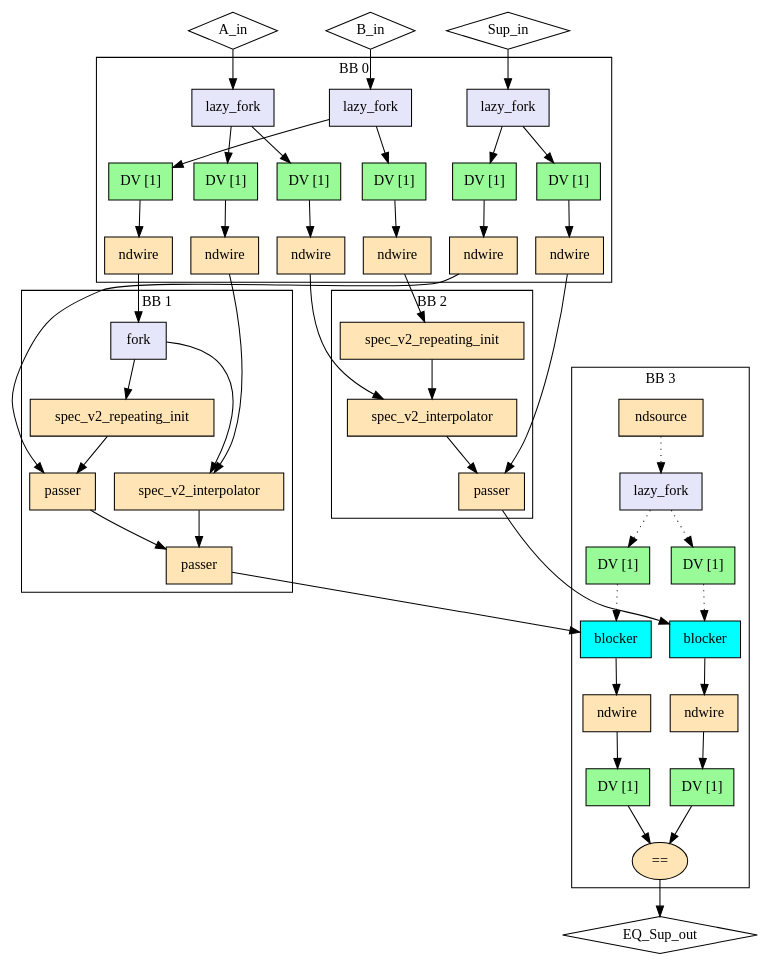
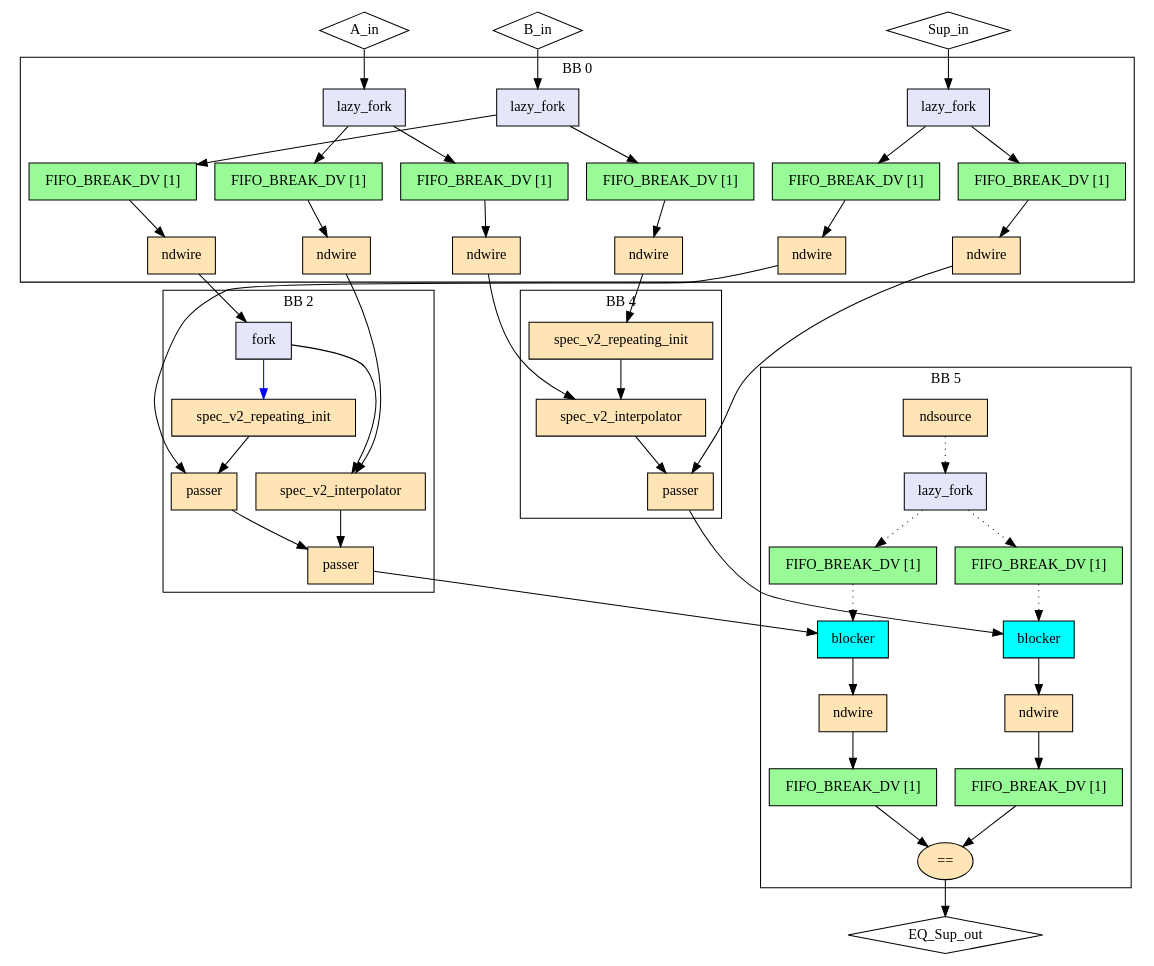
Before and after one commit to EPFL-LAP/dynamatic: the diagram in experimental/tools/elastic-miter/out/interpolator_ind/miter/model.dot, drawn with Graphviz. The commit also changed 700 other files, not shown here.

```diff
--- a/experimental/tools/elastic-miter/out/interpolator_ind/miter/model.dot
+++ b/experimental/tools/elastic-miter/out/interpolator_ind/miter/model.dot
@@ -20,18 +20,18 @@
   subgraph cluster0 {
     graph ["label"="BB 0"]
     "in_fork_A_in" ["style"="filled", "fillcolor"="lavender", "shape"="box", "label"="lazy_fork", "mlir_op"="handshake.lazy_fork"]
-    "lhs_in_buf_A_in" ["style"="filled", "fillcolor"="palegreen", "shape"="box", "label"="DV [1]", "mlir_op"="handshake.buffer"]
-    "rhs_in_buf_A_in" ["style"="filled", "fillcolor"="palegreen", "shape"="box", "label"="DV [1]", "mlir_op"="handshake.buffer"]
+    "lhs_in_buf_A_in" ["style"="filled", "fillcolor"="palegreen", "shape"="box", "label"="FIFO_BREAK_DV [1]", "mlir_op"="handshake.buffer"]
+    "rhs_in_buf_A_in" ["style"="filled", "fillcolor"="palegreen", "shape"="box", "label"="FIFO_BREAK_DV [1]", "mlir_op"="handshake.buffer"]
     "lhs_in_ndw_A_in" ["style"="filled", "fillcolor"="moccasin", "shape"="box", "label"="ndwire", "mlir_op"="handshake.ndwire"]
     "rhs_in_ndw_A_in" ["style"="filled", "fillcolor"="moccasin", "shape"="box", "label"="ndwire", "mlir_op"="handshake.ndwire"]
     "in_fork_B_in" ["style"="filled", "fillcolor"="lavender", "shape"="box", "label"="lazy_fork", "mlir_op"="handshake.lazy_fork"]
-    "lhs_in_buf_B_in" ["style"="filled", "fillcolor"="palegreen", "shape"="box", "label"="DV [1]", "mlir_op"="handshake.buffer"]
-    "rhs_in_buf_B_in" ["style"="filled", "fillcolor"="palegreen", "shape"="box", "label"="DV [1]", "mlir_op"="handshake.buffer"]
+    "lhs_in_buf_B_in" ["style"="filled", "fillcolor"="palegreen", "shape"="box", "label"="FIFO_BREAK_DV [1]", "mlir_op"="handshake.buffer"]
+    "rhs_in_buf_B_in" ["style"="filled", "fillcolor"="palegreen", "shape"="box", "label"="FIFO_BREAK_DV [1]", "mlir_op"="handshake.buffer"]
     "lhs_in_ndw_B_in" ["style"="filled", "fillcolor"="moccasin", "shape"="box", "label"="ndwire", "mlir_op"="handshake.ndwire"]
     "rhs_in_ndw_B_in" ["style"="filled", "fillcolor"="moccasin", "shape"="box", "label"="ndwire", "mlir_op"="handshake.ndwire"]
     "in_fork_Sup_in" ["style"="filled", "fillcolor"="lavender", "shape"="box", "label"="lazy_fork", "mlir_op"="handshake.lazy_fork"]
-    "lhs_in_buf_Sup_in" ["style"="filled", "fillcolor"="palegreen", "shape"="box", "label"="DV [1]", "mlir_op"="handshake.buffer"]
-    "rhs_in_buf_Sup_in" ["style"="filled", "fillcolor"="palegreen", "shape"="box", "label"="DV [1]", "mlir_op"="handshake.buffer"]
+    "lhs_in_buf_Sup_in" ["style"="filled", "fillcolor"="palegreen", "shape"="box", "label"="FIFO_BREAK_DV [1]", "mlir_op"="handshake.buffer"]
+    "rhs_in_buf_Sup_in" ["style"="filled", "fillcolor"="palegreen", "shape"="box", "label"="FIFO_BREAK_DV [1]", "mlir_op"="handshake.buffer"]
     "lhs_in_ndw_Sup_in" ["style"="filled", "fillcolor"="moccasin", "shape"="box", "label"="ndwire", "mlir_op"="handshake.ndwire"]
     "rhs_in_ndw_Sup_in" ["style"="filled", "fillcolor"="moccasin", "shape"="box", "label"="ndwire", "mlir_op"="handshake.ndwire"]
     "in_fork_A_in" -> "lhs_in_buf_A_in" ["dir"="both", "style"="solid", "arrowhead"="normal", "from_idx"="0", "to"="ins", "arrowtail"="none", "from"="outs_0", "to_idx"="0"]
@@ -47,39 +47,39 @@
     "lhs_in_buf_Sup_in" -> "lhs_in_ndw_Sup_in" ["dir"="both", "style"="solid", "arrowhead"="normal", "from_idx"="0", "to"="ins", "arrowtail"="none", "from"="outs", "to_idx"="0"]
     "rhs_in_buf_Sup_in" -> "rhs_in_ndw_Sup_in" ["dir"="both", "style"="solid", "arrowhead"="normal", "from_idx"="0", "to"="ins", "arrowtail"="none", "from"="outs", "to_idx"="0"]
   }
-  subgraph cluster1 {
-    graph ["label"="BB 1"]
+  subgraph cluster2 {
+    graph ["label"="BB 2"]
     "lhs_fork" ["style"="filled", "fillcolor"="lavender", "shape"="box", "label"="fork", "mlir_op"="handshake.fork"]
     "lhs_interpolate" ["style"="filled", "fillcolor"="moccasin", "shape"="box", "label"="spec_v2_interpolator", "mlir_op"="handshake.spec_v2_interpolator"]
     "lhs_ri" ["style"="filled", "fillcolor"="moccasin", "shape"="box", "label"="spec_v2_repeating_init", "mlir_op"="handshake.spec_v2_repeating_init"]
     "lhs_passer1" ["style"="filled", "fillcolor"="moccasin", "shape"="box", "label"="passer", "mlir_op"="handshake.passer"]
     "lhs_passer2" ["style"="filled", "fillcolor"="moccasin", "shape"="box", "label"="passer", "mlir_op"="handshake.passer"]
     "lhs_fork" -> "lhs_interpolate" ["dir"="both", "style"="solid", "arrowhead"="normal", "from_idx"="0", "to"="long", "arrowtail"="none", "from"="outs_0", "to_idx"="1"]
-    "lhs_fork" -> "lhs_ri" ["dir"="both", "style"="solid", "arrowhead"="normal", "from_idx"="1", "to"="ins", "arrowtail"="none", "from"="outs_1", "to_idx"="0"]
+    "lhs_fork" -> "lhs_ri" ["dir"="both", "style"="solid", "arrowhead"="normal", "from_idx"="1", "color"="blue", "to"="ins", "arrowtail"="none", "from"="outs_1", "to_idx"="0"]
     "lhs_interpolate" -> "lhs_passer2" ["dir"="both", "style"="solid", "arrowhead"="normal", "from_idx"="0", "to"="ctrl", "arrowtail"="none", "from"="result", "to_idx"="1"]
     "lhs_ri" -> "lhs_passer1" ["dir"="both", "style"="solid", "arrowhead"="normal", "from_idx"="0", "to"="ctrl", "arrowtail"="none", "from"="outs", "to_idx"="1"]
     "lhs_passer1" -> "lhs_passer2" ["dir"="both", "style"="solid", "arrowhead"="normal", "from_idx"="0", "to"="data", "arrowtail"="none", "from"="result", "to_idx"="0"]
   }
-  subgraph cluster2 {
-    graph ["label"="BB 2"]
+  subgraph cluster4 {
+    graph ["label"="BB 4"]
     "rhs_ri" ["style"="filled", "fillcolor"="moccasin", "shape"="box", "label"="spec_v2_repeating_init", "mlir_op"="handshake.spec_v2_repeating_init"]
     "rhs_interpolate" ["style"="filled", "fillcolor"="moccasin", "shape"="box", "label"="spec_v2_interpolator", "mlir_op"="handshake.spec_v2_interpolator"]
     "rhs_passer" ["style"="filled", "fillcolor"="moccasin", "shape"="box", "label"="passer", "mlir_op"="handshake.passer"]
     "rhs_ri" -> "rhs_interpolate" ["dir"="both", "style"="solid", "arrowhead"="normal", "from_idx"="0", "to"="long", "arrowtail"="none", "from"="outs", "to_idx"="1"]
     "rhs_interpolate" -> "rhs_passer" ["dir"="both", "style"="solid", "arrowhead"="normal", "from_idx"="0", "to"="ctrl", "arrowtail"="none", "from"="result", "to_idx"="1"]
   }
-  subgraph cluster3 {
-    graph ["label"="BB 3"]
+  subgraph cluster5 {
+    graph ["label"="BB 5"]
     "out_nds_Sup_out" ["style"="filled", "fillcolor"="moccasin", "shape"="box", "label"="ndsource", "mlir_op"="handshake.ndsource"]
     "out_lf_Sup_out" ["style"="filled", "fillcolor"="lavender", "shape"="box", "label"="lazy_fork", "mlir_op"="handshake.lazy_fork"]
-    "out_buf_lhs_nds_Sup_out" ["style"="filled", "fillcolor"="palegreen", "shape"="box", "label"="DV [1]", "mlir_op"="handshake.buffer"]
-    "out_buf_rhs_nds_Sup_out" ["style"="filled", "fillcolor"="palegreen", "shape"="box", "label"="DV [1]", "mlir_op"="handshake.buffer"]
+    "out_buf_lhs_nds_Sup_out" ["style"="filled", "fillcolor"="palegreen", "shape"="box", "label"="FIFO_BREAK_DV [1]", "mlir_op"="handshake.buffer"]
+    "out_buf_rhs_nds_Sup_out" ["style"="filled", "fillcolor"="palegreen", "shape"="box", "label"="FIFO_BREAK_DV [1]", "mlir_op"="handshake.buffer"]
     "out_lhs_bl_Sup_out" ["style"="filled", "fillcolor"="cyan", "shape"="box", "label"="blocker", "mlir_op"="handshake.blocker"]
     "out_rhs_bl_Sup_out" ["style"="filled", "fillcolor"="cyan", "shape"="box", "label"="blocker", "mlir_op"="handshake.blocker"]
     "lhs_out_ndw_Sup_out" ["style"="filled", "fillcolor"="moccasin", "shape"="box", "label"="ndwire", "mlir_op"="handshake.ndwire"]
     "rhs_out_ndw_Sup_out" ["style"="filled", "fillcolor"="moccasin", "shape"="box", "label"="ndwire", "mlir_op"="handshake.ndwire"]
-    "lhs_out_buf_Sup_out" ["style"="filled", "fillcolor"="palegreen", "shape"="box", "label"="DV [1]", "mlir_op"="handshake.buffer"]
-    "rhs_out_buf_Sup_out" ["style"="filled", "fillcolor"="palegreen", "shape"="box", "label"="DV [1]", "mlir_op"="handshake.buffer"]
+    "lhs_out_buf_Sup_out" ["style"="filled", "fillcolor"="palegreen", "shape"="box", "label"="FIFO_BREAK_DV [1]", "mlir_op"="handshake.buffer"]
+    "rhs_out_buf_Sup_out" ["style"="filled", "fillcolor"="palegreen", "shape"="box", "label"="FIFO_BREAK_DV [1]", "mlir_op"="handshake.buffer"]
     "out_eq_Sup_out" ["style"="filled", "fillcolor"="moccasin", "shape"="oval", "label"="==", "mlir_op"="handshake.cmpi=="]
     "out_nds_Sup_out" -> "out_lf_Sup_out" ["dir"="both", "style"="dotted", "arrowhead"="normal", "from_idx"="0", "to"="ins", "arrowtail"="none", "from"="result", "to_idx"="0"]
     "out_lf_Sup_out" -> "out_buf_lhs_nds_Sup_out" ["dir"="both", "style"="dotted", "arrowhead"="normal", "from_idx"="0", "to"="ins", "arrowtail"="none", "from"="outs_0", "to_idx"="0"]
```
